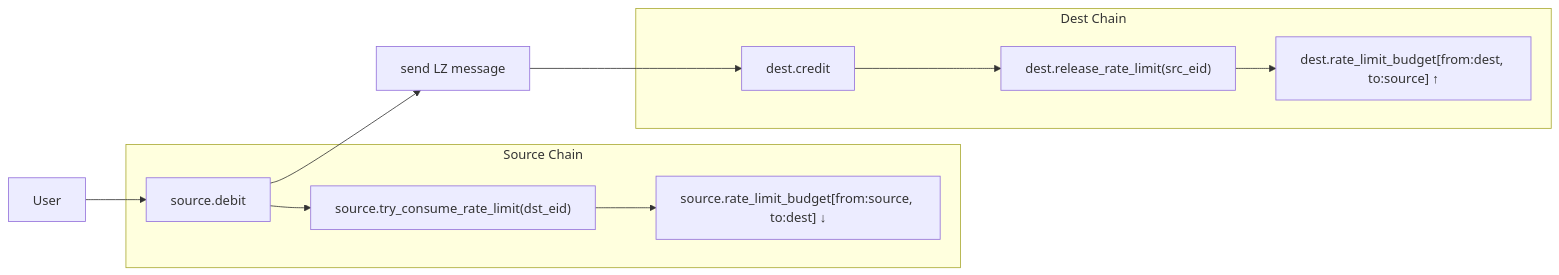
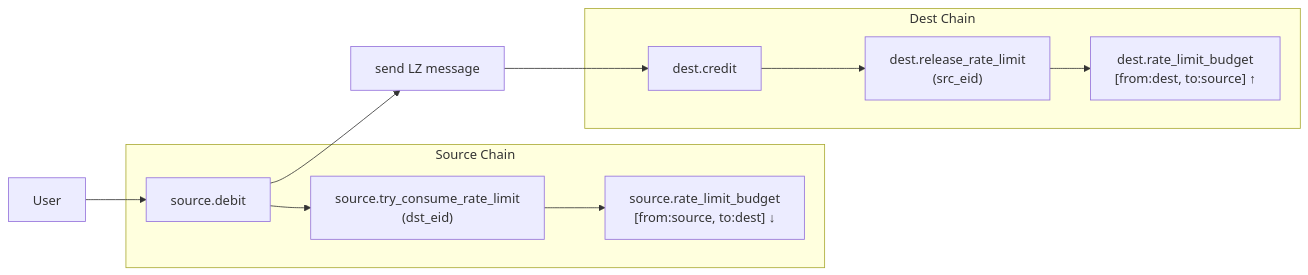
One commit to movementlabsxyz/MIP changed the first of 5 diagrams in MIP/mip-x/README.md. Above: the diagram before and after it, drawn with Mermaid. The commit also changed other lines of this file, not shown here.

Commit message:
improve formats of diagrams

````diff
--- a/MIP/mip-x/README.md
+++ b/MIP/mip-x/README.md
@@ -53,17 +53,17 @@
 ```mermaid
 flowchart LR
     User --> source.debit
 
     subgraph Source["Source Chain"]
-        source.debit --> consume_dst["source.try_consume_rate_limit(dst_eid)"]
-        consume_dst --> source_rl_dst["source.rate_limit_budget[from:source, to:dest] ↓"]
+        source.debit --> consume_dst["source.try_consume_rate_limit<br/>(dst_eid)"]
+        consume_dst --> source_rl_dst["source.rate_limit_budget<br/>[from:source, to:dest] ↓"]
     end
 
     source.debit --> send["send LZ message"]
     send --> dest.credit
 
     subgraph Dest["Dest Chain"]
-        dest.credit --> release_src["dest.release_rate_limit(src_eid)"]
-        release_src --> dest_rl_src["dest.rate_limit_budget[from:dest, to:source] ↑"]
+        dest.credit --> release_src["dest.release_rate_limit<br/>(src_eid)"]
+        release_src --> dest_rl_src["dest.rate_limit_budget<br/>[from:dest, to:source] ↑"]
     end
 ```
````
